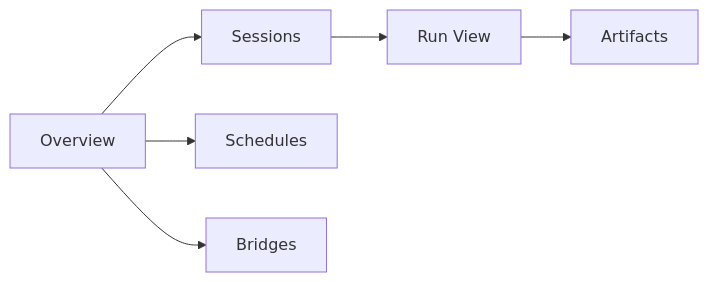
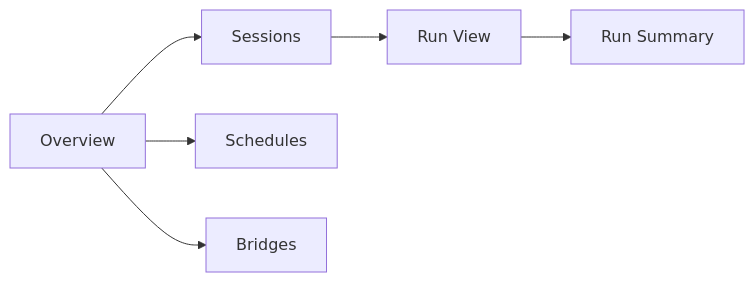
The diagram in packages/ya-claw/spec/05-web-ui-and-operations.md (Wh1isper/ya-mono), drawn with Mermaid before and after one commit. The commit also changed other lines of this file and 26 other files, not shown here.

````diff
--- a/packages/ya-claw/spec/05-web-ui-and-operations.md
+++ b/packages/ya-claw/spec/05-web-ui-and-operations.md
@@ -25,8 +25,8 @@
 ```mermaid
 flowchart LR
     HOME[Overview] --> SS[Sessions]
     HOME --> SC[Schedules]
     HOME --> BR[Bridges]
     SS --> RV[Run View]
-    RV --> AF[Artifacts]
+    RV --> RS[Run Summary]
 ```
````
